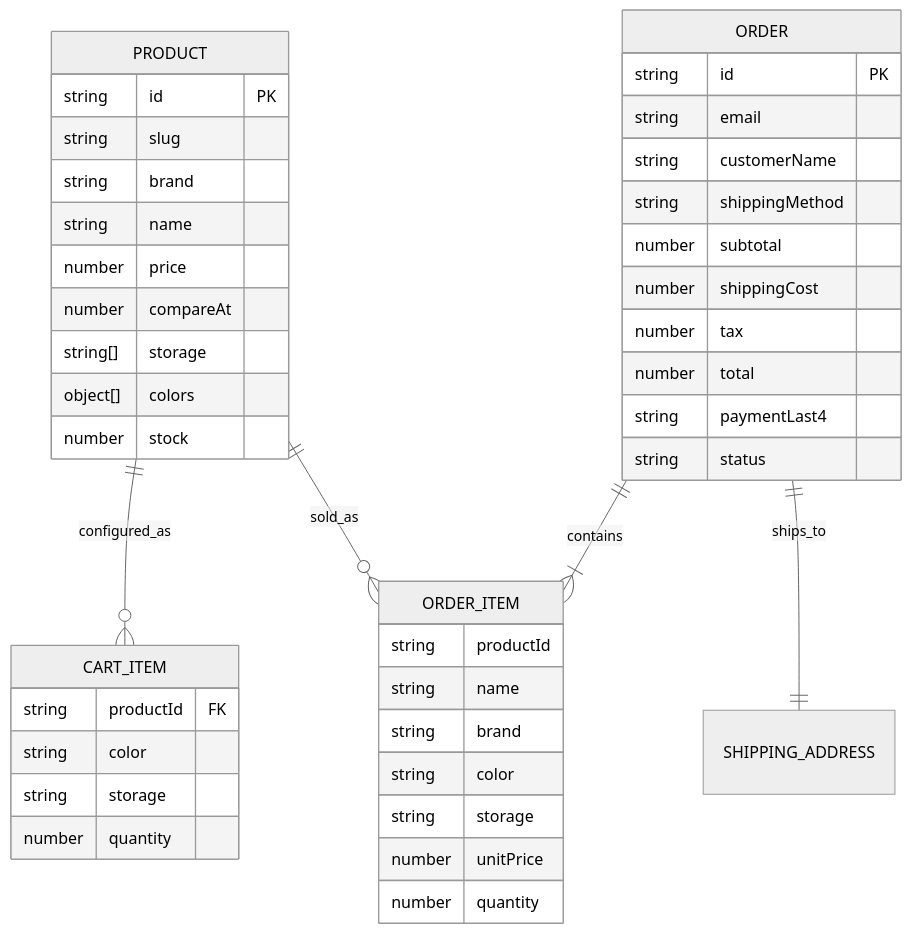
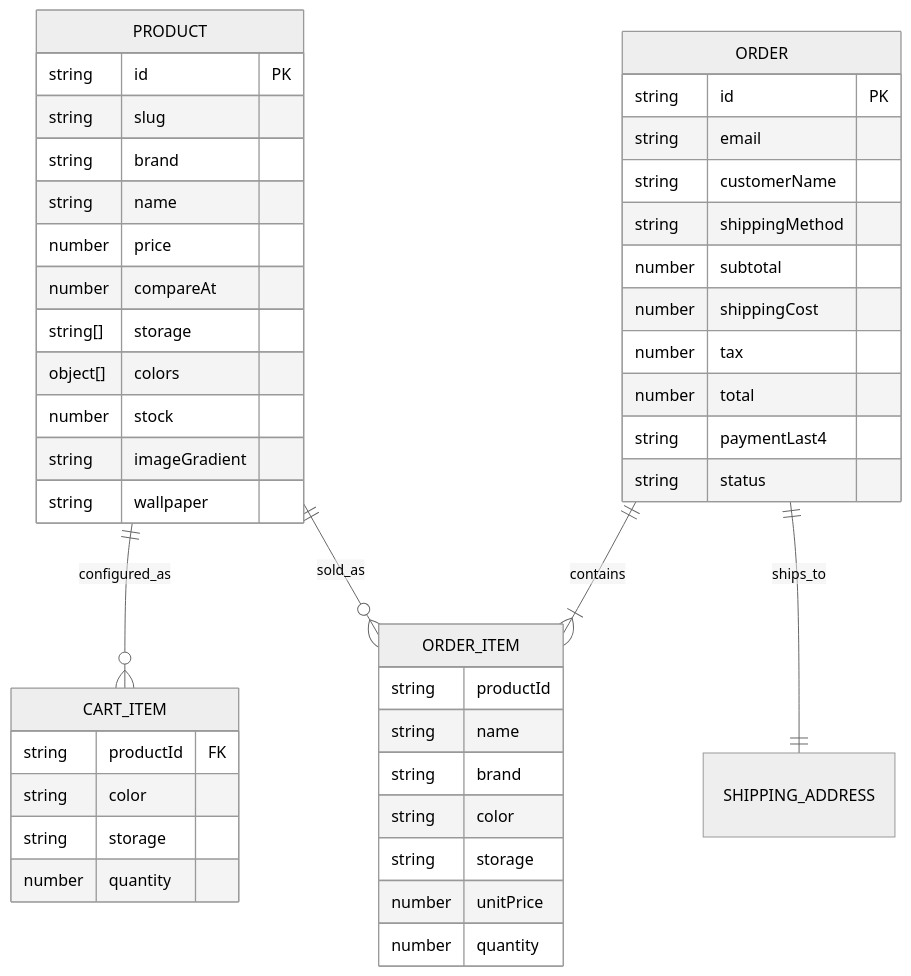
One commit to khaleelii/Mobile_Store changed the diagram in docs/DOMAIN_MODEL.md. Above: the diagram before and after it, drawn with Mermaid (neutral theme). The commit also changed other lines of this file and 20 other files, not shown here.

````diff
--- a/docs/DOMAIN_MODEL.md
+++ b/docs/DOMAIN_MODEL.md
@@ -5,49 +5,51 @@
 ```mermaid
 erDiagram
   PRODUCT ||--o{ CART_ITEM : configured_as
   PRODUCT ||--o{ ORDER_ITEM : sold_as
   ORDER ||--|{ ORDER_ITEM : contains
   ORDER ||--|| SHIPPING_ADDRESS : ships_to
 
   PRODUCT {
     string id PK
     string slug
     string brand
     string name
     number price
     number compareAt
     string[] storage
     object[] colors
     number stock
+    string imageGradient
+    string wallpaper
   }
 
   CART_ITEM {
     string productId FK
     string color
     string storage
     number quantity
   }
 
   ORDER {
     string id PK
     string email
     string customerName
     string shippingMethod
     number subtotal
     number shippingCost
     number tax
     number total
     string paymentLast4
     string status
   }
 
   ORDER_ITEM {
     string productId
     string name
     string brand
     string color
     string storage
     number unitPrice
     number quantity
   }
 ```
````
